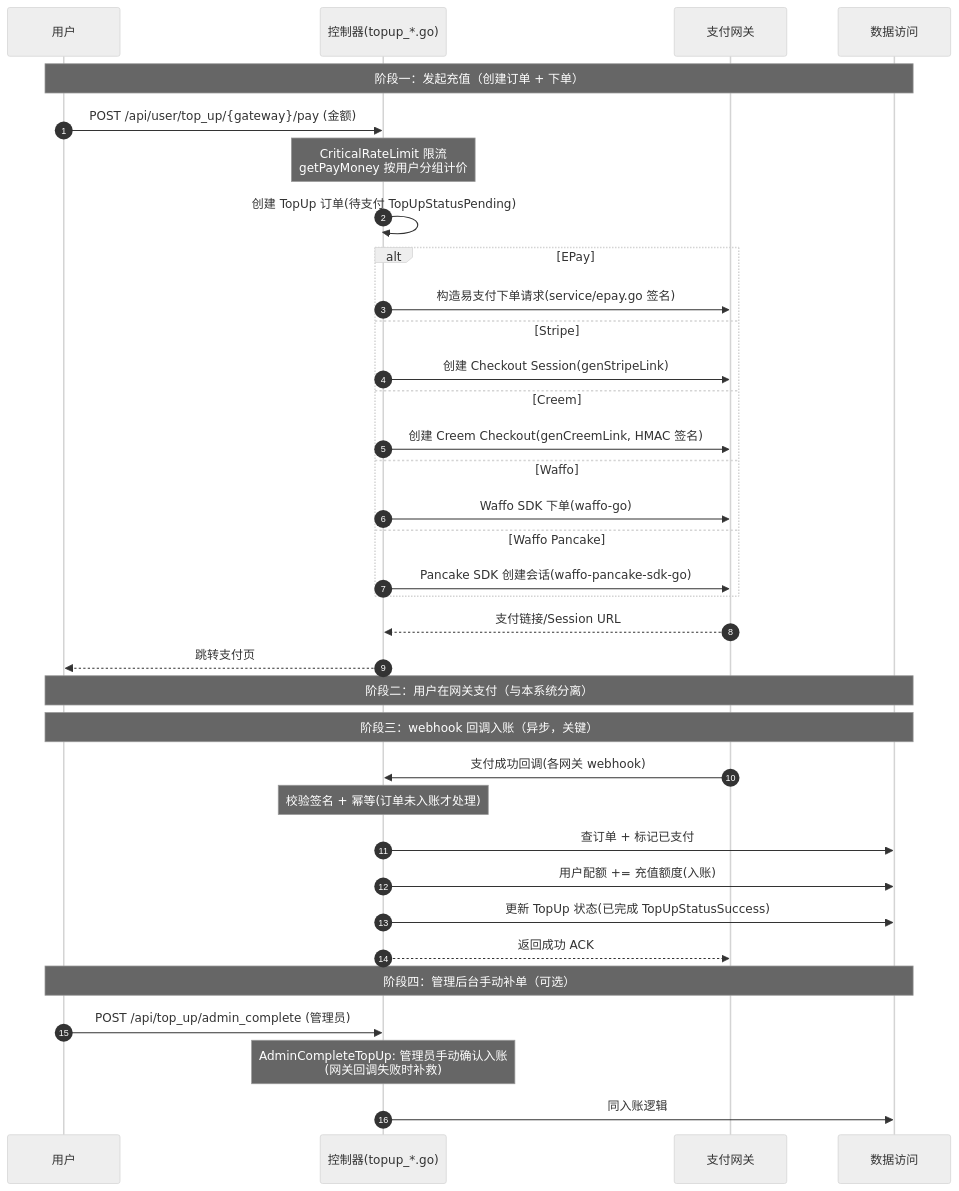
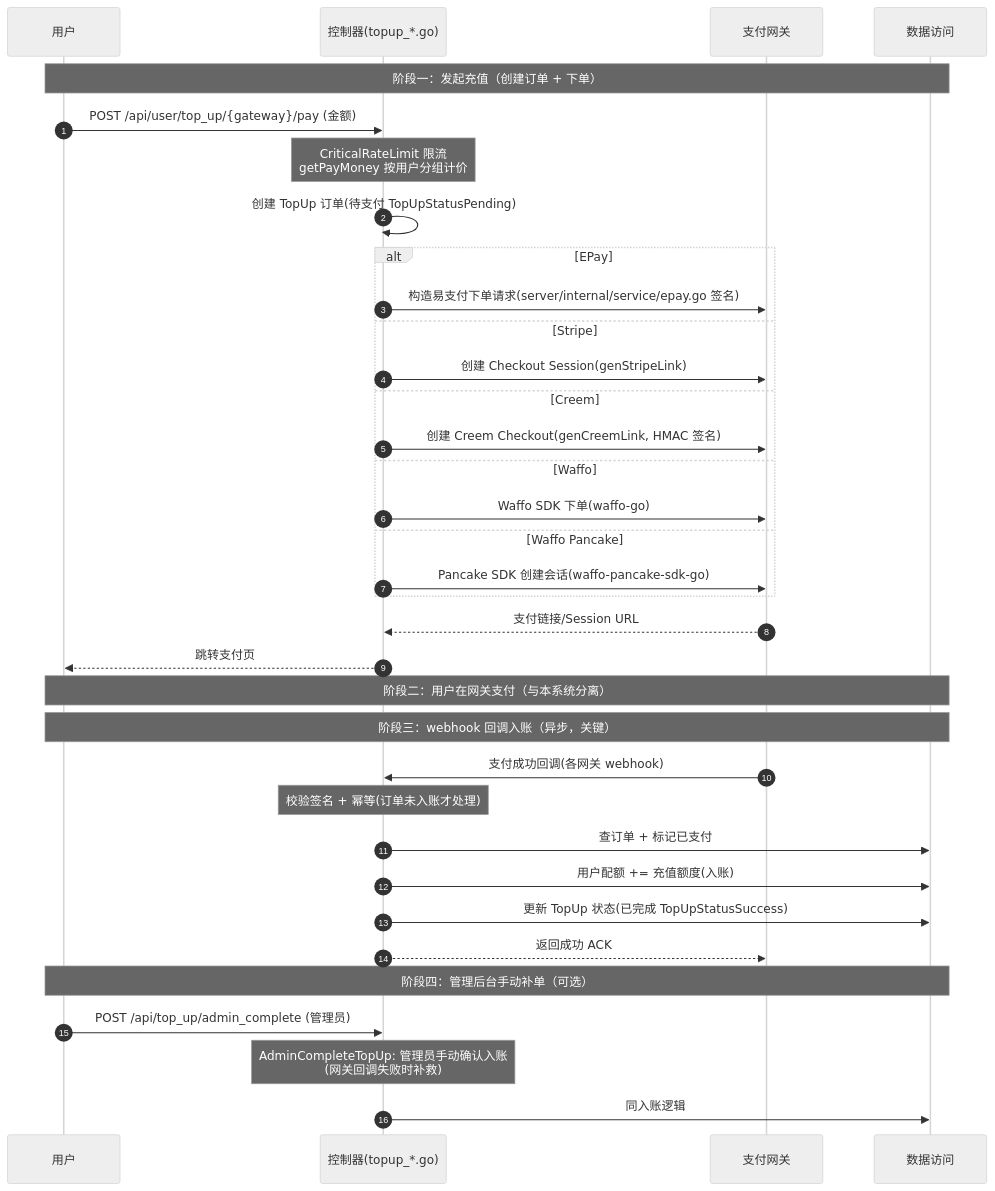
The diagram in specs/03-ARCH/L3/new-api/flows/topup-payment.md (ChaosXu/new-api), drawn with Mermaid (neutral theme) before and after one commit. The commit also changed other lines of this file and 52 other files, not shown here.

````diff
--- a/specs/03-ARCH/L3/new-api/flows/topup-payment.md
+++ b/specs/03-ARCH/L3/new-api/flows/topup-payment.md
@@ -7,41 +7,41 @@
 ```mermaid
 sequenceDiagram
     autonumber
     participant U as 用户
     participant Ctrl as 控制器(topup_*.go)
     participant GW as 支付网关
     participant Data as 数据访问
 
     Note over U,Data: 阶段一：发起充值（创建订单 + 下单）
     U->>Ctrl: POST /api/user/top_up/{gateway}/pay (金额)
     Note over Ctrl: CriticalRateLimit 限流<br/>getPayMoney 按用户分组计价
     Ctrl->>Ctrl: 创建 TopUp 订单(待支付 TopUpStatusPending)
     alt EPay
-        Ctrl->>GW: 构造易支付下单请求(service/epay.go 签名)
+        Ctrl->>GW: 构造易支付下单请求(server/internal/service/epay.go 签名)
     else Stripe
         Ctrl->>GW: 创建 Checkout Session(genStripeLink)
     else Creem
         Ctrl->>GW: 创建 Creem Checkout(genCreemLink, HMAC 签名)
     else Waffo
         Ctrl->>GW: Waffo SDK 下单(waffo-go)
     else Waffo Pancake
         Ctrl->>GW: Pancake SDK 创建会话(waffo-pancake-sdk-go)
     end
     GW-->>Ctrl: 支付链接/Session URL
     Ctrl-->>U: 跳转支付页
 
     Note over U,Data: 阶段二：用户在网关支付（与本系统分离）
 
     Note over U,Data: 阶段三：webhook 回调入账（异步，关键）
     GW->>Ctrl: 支付成功回调(各网关 webhook)
     Note over Ctrl: 校验签名 + 幂等(订单未入账才处理)
     Ctrl->>Data: 查订单 + 标记已支付
     Ctrl->>Data: 用户配额 += 充值额度(入账)
     Ctrl->>Data: 更新 TopUp 状态(已完成 TopUpStatusSuccess)
     Ctrl-->>GW: 返回成功 ACK
 
     Note over U,Data: 阶段四：管理后台手动补单（可选）
     U->>Ctrl: POST /api/top_up/admin_complete (管理员)
     Note over Ctrl: AdminCompleteTopUp: 管理员手动确认入账<br/>(网关回调失败时补救)
     Ctrl->>Data: 同入账逻辑
 ```
````
